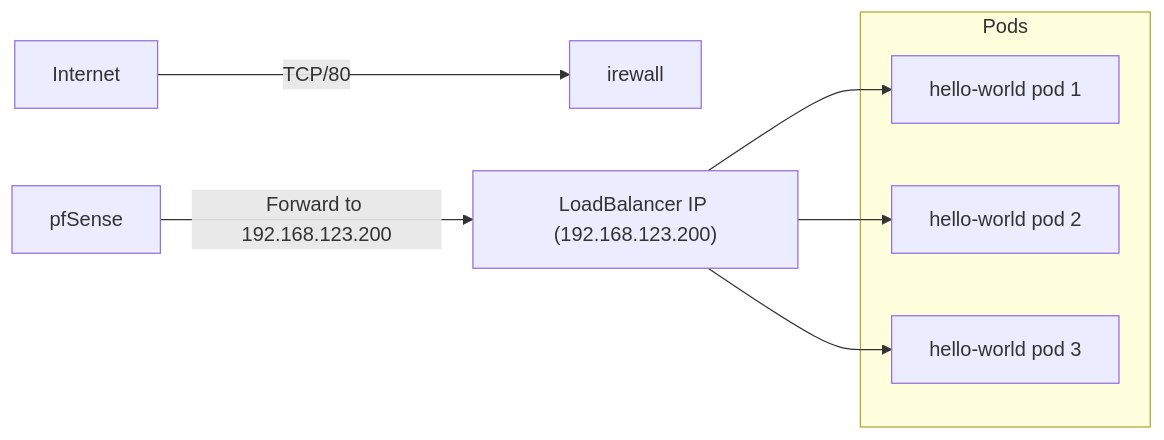
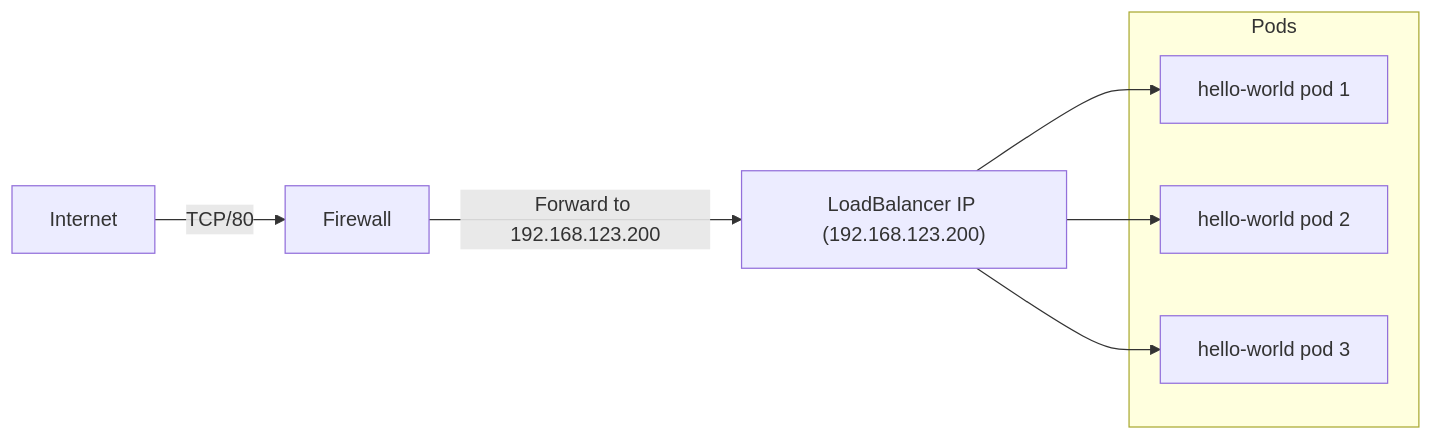
One commit to pgbult/Cilium-LB-IPAM changed the diagram in Cilium LB-IPAM example.md. Above: the diagram before and after it, drawn with Mermaid.

Commit message:
Update Cilium LB-IPAM example.md

````diff
--- a/Cilium LB-IPAM example.md
+++ b/Cilium LB-IPAM example.md
@@ -15,16 +15,18 @@
 ```mermaid
 flowchart LR
-    Internet -->|TCP/80| Firewall[irewall]
-    pfSense -->|Forward to 192.168.123.200| CiliumLB["LoadBalancer IP (192.168.123.200)"]
+    Internet -->|TCP/80| Firewall[Firewall]
+    Firewall -->|Forward to 192.168.123.200| CiliumLB["LoadBalancer IP (192.168.123.200)"]
     
     subgraph Pods
         Pod1[hello-world pod 1]
         Pod2[hello-world pod 2]
         Pod3[hello-world pod 3]
     end
     
     CiliumLB --> Pod1
     CiliumLB --> Pod2
     CiliumLB --> Pod3
 
+
+
 ```
````
